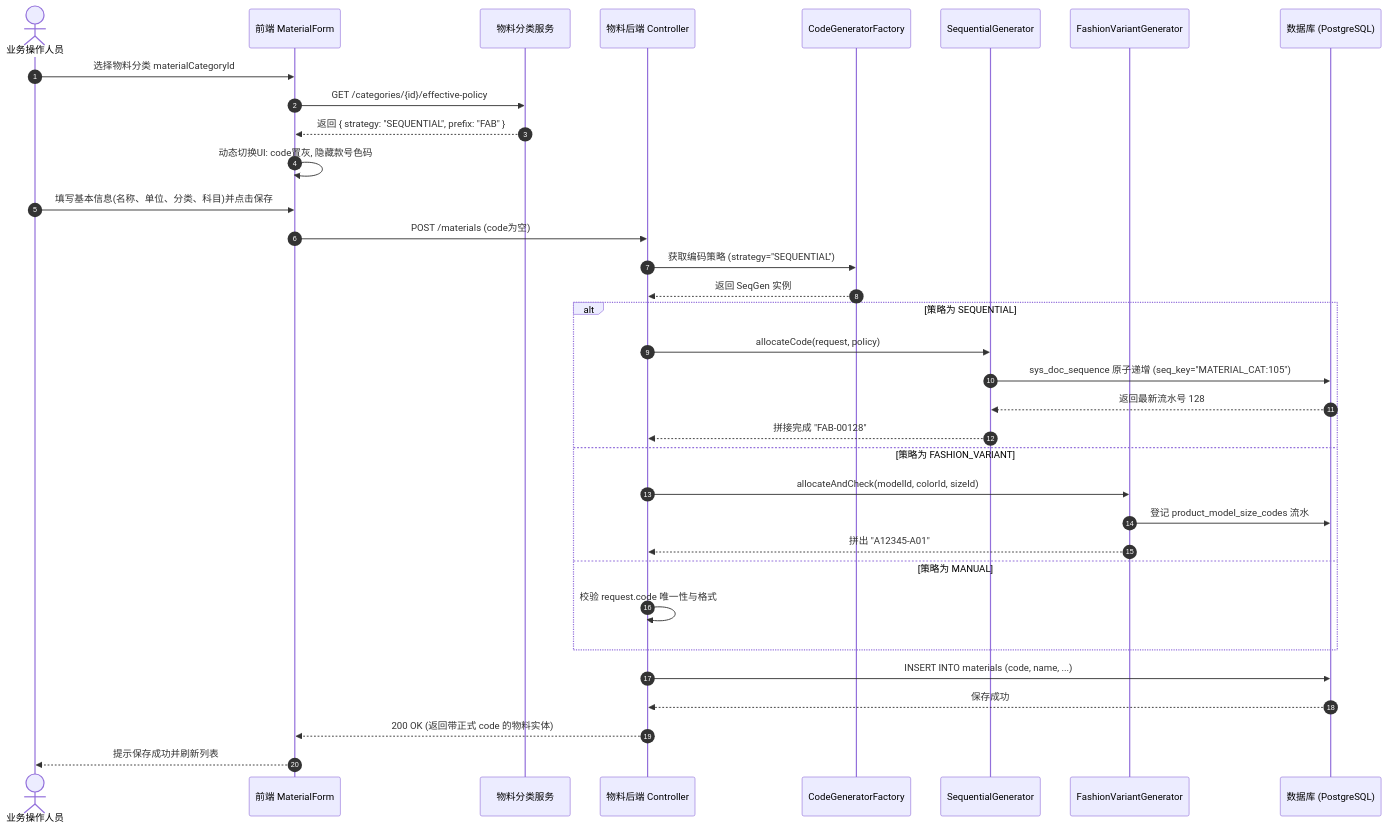
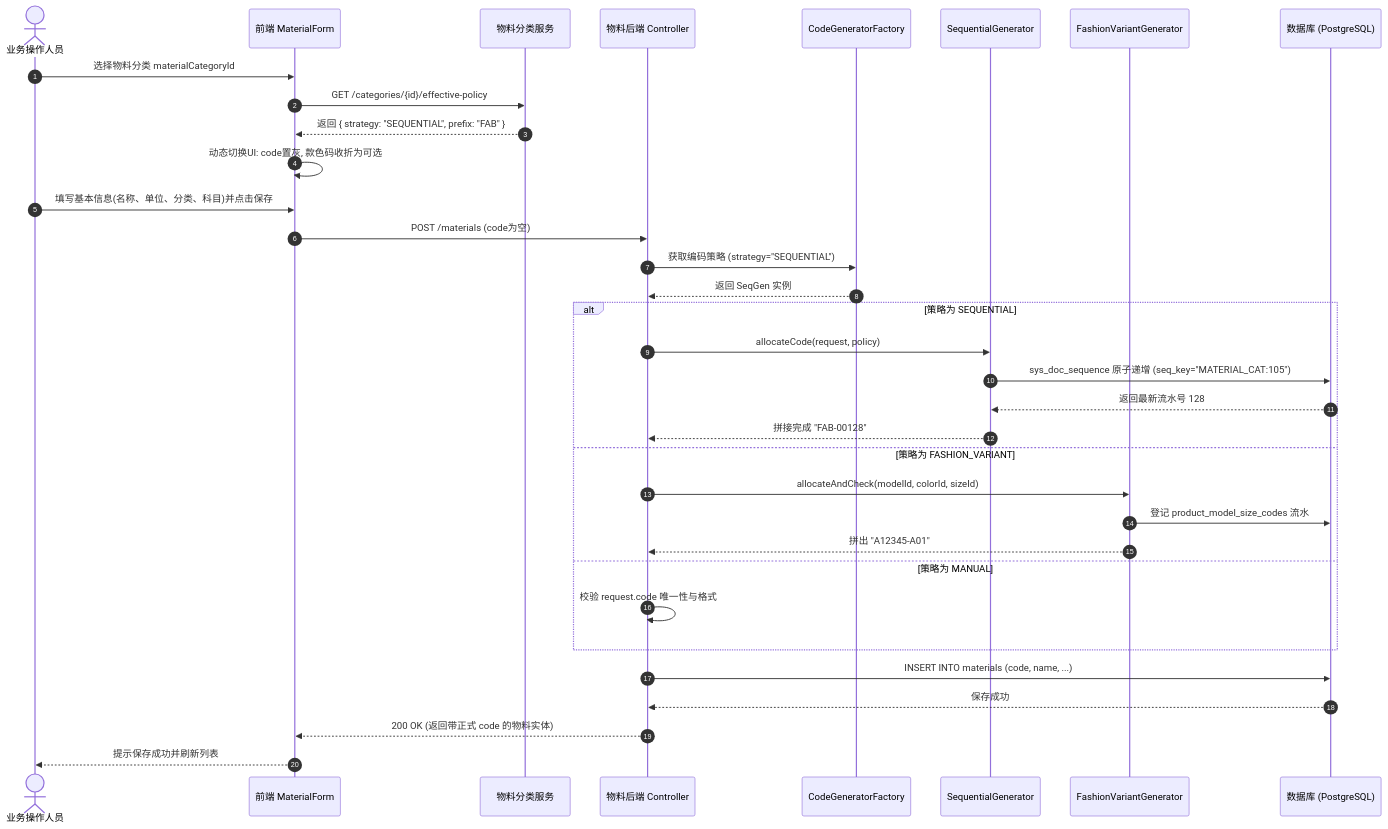
Before and after one commit to Micron818/lychee-doc: the diagram in system_design/backend/chartExp/mm-refactor-v2/02-编码策略与业务流程.md, drawn with Mermaid. The commit also changed other lines of this file and 4 other files, not shown here.

Commit message:
refactor: enhance material coding strategy and sequence management; implement refined physical constraints with conditional unique indexes and improve documentation for clarity and operational integrity

````diff
--- a/system_design/backend/chartExp/mm-refactor-v2/02-编码策略与业务流程.md
+++ b/system_design/backend/chartExp/mm-refactor-v2/02-编码策略与业务流程.md
@@ -86,41 +90,41 @@
 ```mermaid
 sequenceDiagram
     autonumber
     actor User as 业务操作人员
     participant Form as 前端 MaterialForm
     participant CatAPI as 物料分类服务
     participant MatAPI as 物料后端 Controller
     participant Factory as CodeGeneratorFactory
     participant SeqGen as SequentialGenerator
     participant VarGen as FashionVariantGenerator
     participant DB as 数据库 (PostgreSQL)
 
     User->>Form: 选择物料分类 materialCategoryId
     Form->>CatAPI: GET /categories/{id}/effective-policy
     CatAPI-->>Form: 返回 { strategy: "SEQUENTIAL", prefix: "FAB" }
-    Form->>Form: 动态切换UI: code置灰, 隐藏款号色码
+    Form->>Form: 动态切换UI: code置灰, 款色码收折为可选
 
     User->>Form: 填写基本信息(名称、单位、分类、科目)并点击保存
     Form->>MatAPI: POST /materials (code为空)
     
     MatAPI->>Factory: 获取编码策略 (strategy="SEQUENTIAL")
     Factory-->>MatAPI: 返回 SeqGen 实例
 
     alt 策略为 SEQUENTIAL
         MatAPI->>SeqGen: allocateCode(request, policy)
         SeqGen->>DB: sys_doc_sequence 原子递增 (seq_key="MATERIAL_CAT:105")
         DB-->>SeqGen: 返回最新流水号 128
         SeqGen-->>MatAPI: 拼接完成 "FAB-00128"
     else 策略为 FASHION_VARIANT
         MatAPI->>VarGen: allocateAndCheck(modelId, colorId, sizeId)
         VarGen->>DB: 登记 product_model_size_codes 流水
         VarGen-->>MatAPI: 拼出 "A12345-A01"
     else 策略为 MANUAL
         MatAPI->>MatAPI: 校验 request.code 唯一性与格式
     end
 
     MatAPI->>DB: INSERT INTO materials (code, name, ...)
     DB-->>MatAPI: 保存成功
     MatAPI-->>Form: 200 OK (返回带正式 code 的物料实体)
     Form-->>User: 提示保存成功并刷新列表
 ```
````
